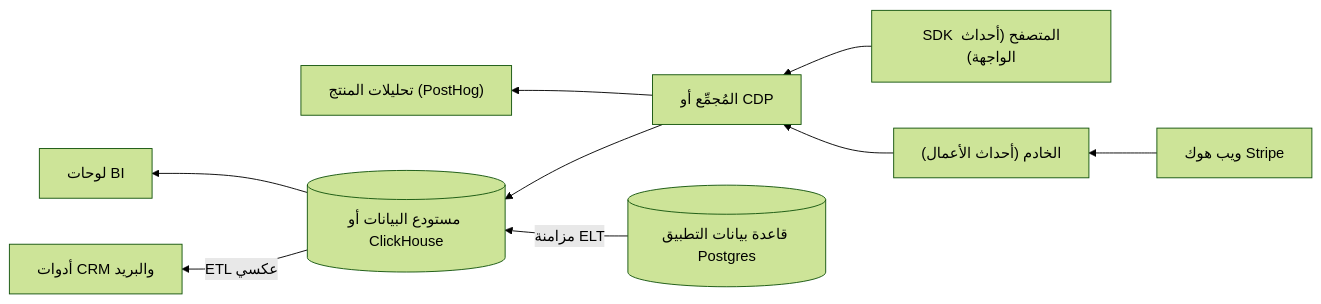
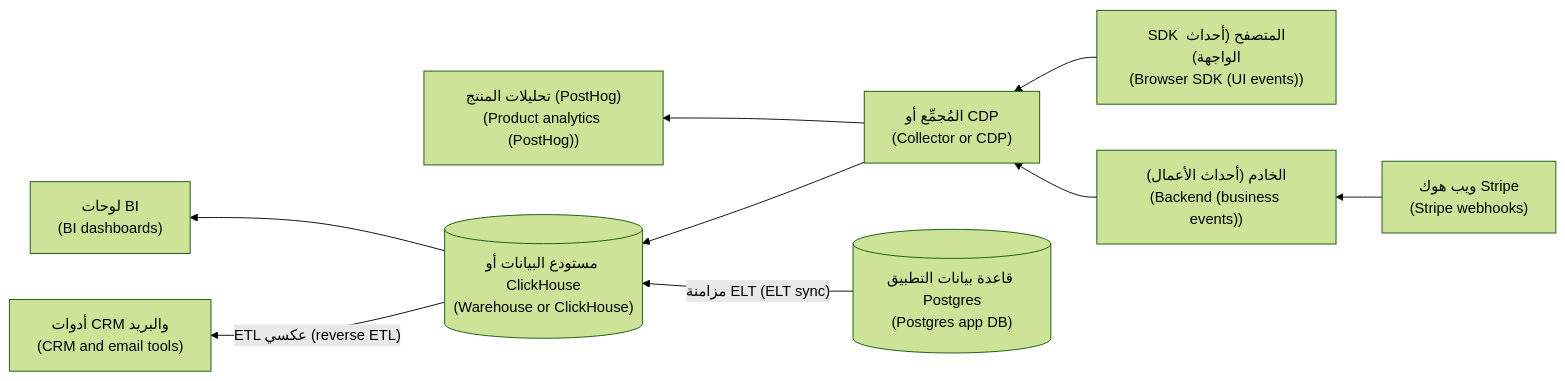
Before and after one commit to Tamoura/system-design-for-vibe-coders: the second of 3 diagrams in saas/modules/06-product-growth.ar.md, drawn with Mermaid (forest theme). The commit also changed other lines of this file and 62 other files, not shown here.

First line of the commit message:
Arabic editions: English on every diagram label, RTL fixes, rebuild

````diff
--- a/saas/modules/06-product-growth.ar.md
+++ b/saas/modules/06-product-growth.ar.md
@@ -365,11 +365,11 @@
 ```mermaid
 flowchart RL
-  B["SDK المتصفح (أحداث الواجهة)"] --> C["المُجمِّع أو CDP"]
-  S["الخادم (أحداث الأعمال)"] --> C
-  W["ويب هوك Stripe"] --> S
-  C --> P["تحليلات المنتج (PostHog)"]
-  C --> WH[("مستودع البيانات أو ClickHouse")]
-  DB[("قاعدة بيانات التطبيق Postgres")] -->|"مزامنة ELT"| WH
-  WH --> BI["لوحات BI"]
-  WH -->|"ETL عكسي"| CRM["أدوات CRM والبريد"]
+  B["SDK المتصفح (أحداث الواجهة)<br/>(Browser SDK (UI events))"] --> C["المُجمِّع أو CDP<br/>(Collector or CDP)"]
+  S["الخادم (أحداث الأعمال)<br/>(Backend (business events))"] --> C
+  W["ويب هوك Stripe<br/>(Stripe webhooks)"] --> S
+  C --> P["تحليلات المنتج (PostHog)<br/>(Product analytics (PostHog))"]
+  C --> WH[("مستودع البيانات أو ClickHouse<br/>(Warehouse or ClickHouse)")]
+  DB[("قاعدة بيانات التطبيق Postgres<br/>(Postgres app DB)")] -->|"مزامنة ELT (ELT sync)"| WH
+  WH --> BI["لوحات BI<br/>(BI dashboards)"]
+  WH -->|"ETL عكسي (reverse ETL)"| CRM["أدوات CRM والبريد<br/>(CRM and email tools)"]
 ```
````
